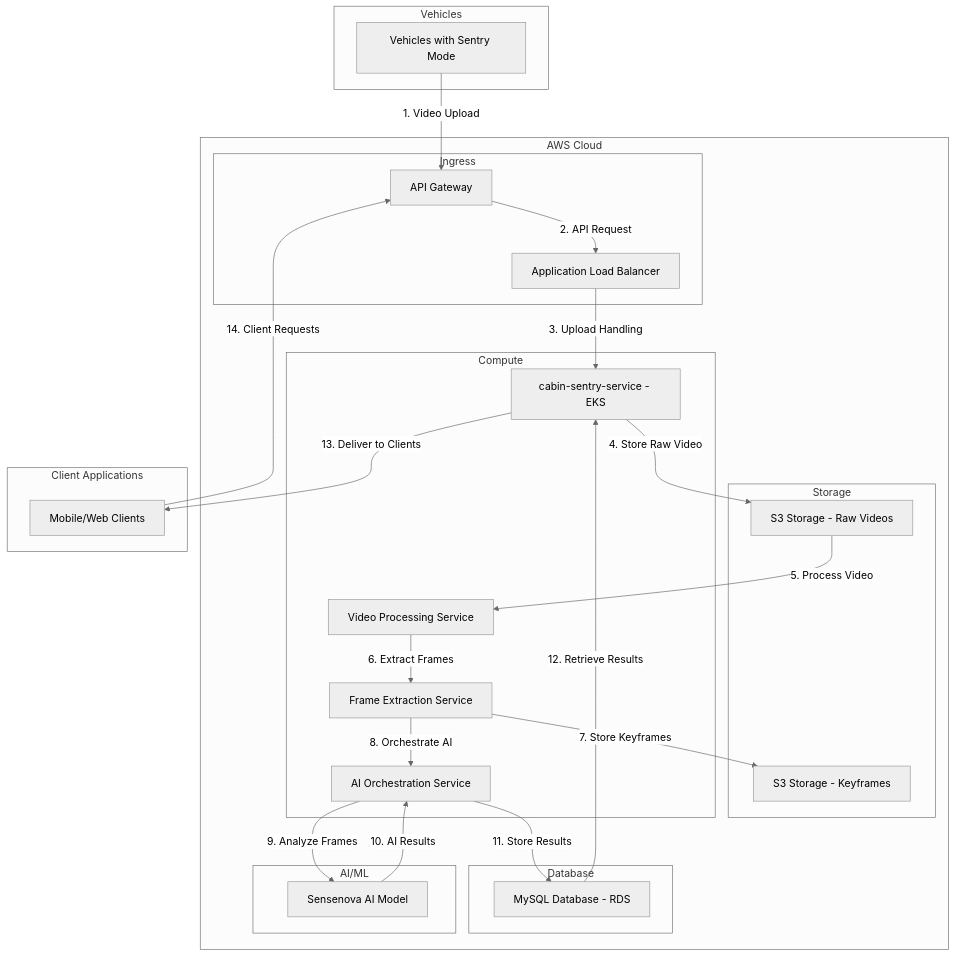
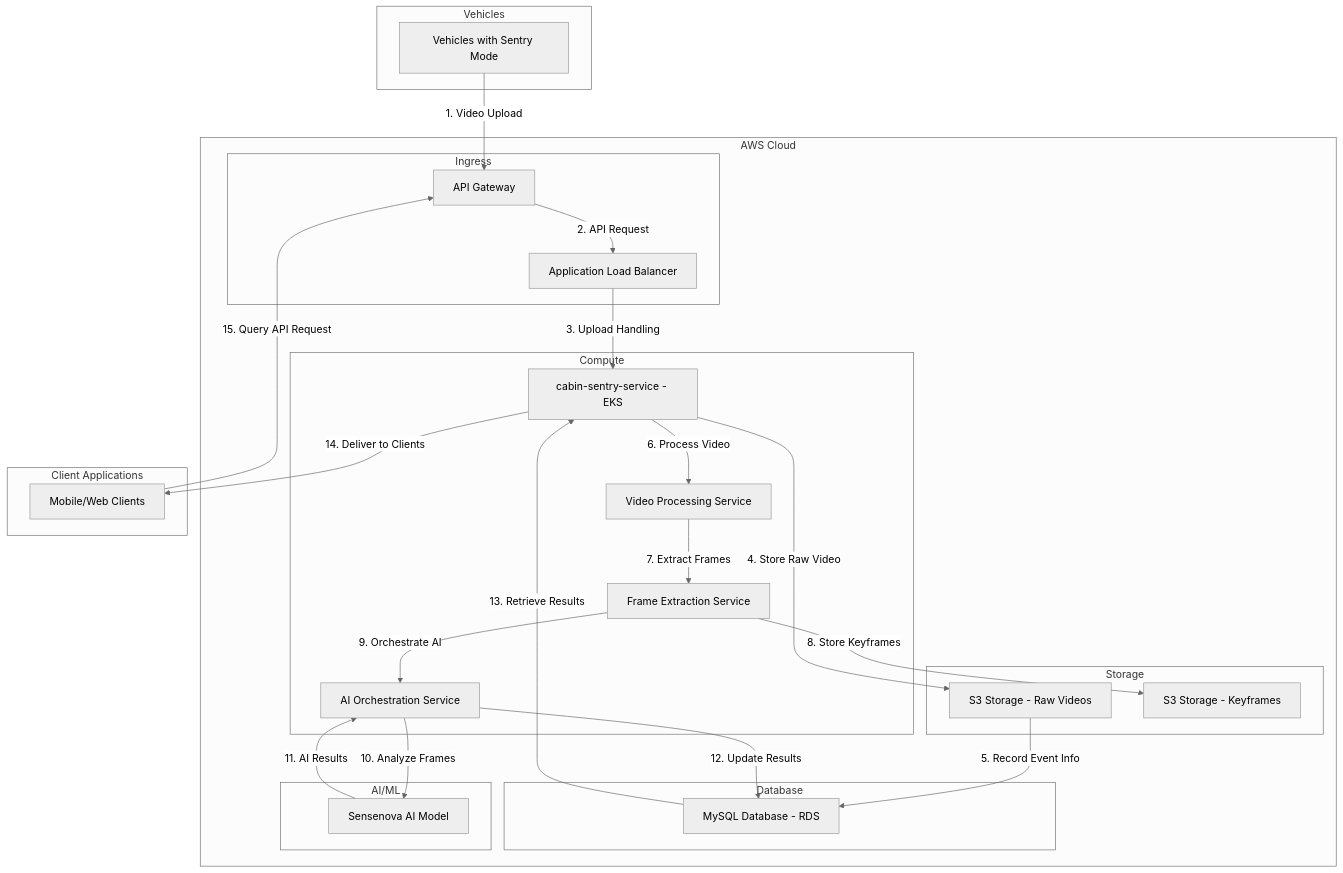
One commit to yuantming/learninggit changed the diagram in architectuure.md. Above: the diagram before and after it, drawn with Mermaid (neutral theme). The commit also changed other lines of this file, not shown here.

````diff
--- a/architectuure.md
+++ b/architectuure.md
@@ -8,52 +8,53 @@
 ```mermaid
 graph TB
     subgraph "Vehicles"
         A[Vehicles with Sentry Mode]
     end
 
     subgraph "AWS Cloud"
         subgraph "Ingress"
             B[API Gateway]
             C[Application Load Balancer]
         end
 
         subgraph "Storage"
             D[S3 Storage - Raw Videos]
             E[S3 Storage - Keyframes]
         end
 
         subgraph "Compute"
             F[cabin-sentry-service - EKS]
             G[Video Processing Service]
             H[Frame Extraction Service]
             I[AI Orchestration Service]
         end
 
         subgraph "Database"
             J[MySQL Database - RDS]
         end
 
         subgraph "AI/ML"
             K[Sensenova AI Model]
         end
     end
 
     subgraph "Client Applications"
         L[Mobile/Web Clients]
     end
 
     A -- "1. Video Upload" --> B
     B -- "2. API Request" --> C
     C -- "3. Upload Handling" --> F
     F -- "4. Store Raw Video" --> D
-    D -- "5. Process Video" --> G
-    G -- "6. Extract Frames" --> H
-    H -- "7. Store Keyframes" --> E
-    H -- "8. Orchestrate AI" --> I
-    I -- "9. Analyze Frames" --> K
-    K -- "10. AI Results" --> I
-    I -- "11. Store Results" --> J
-    J -- "12. Retrieve Results" --> F
-    F -- "13. Deliver to Clients" --> L
-    L -- "14. Client Requests" --> B
+    D -- "5. Record Event Info" --> J
+    F -- "6. Process Video" --> G
+    G -- "7. Extract Frames" --> H
+    H -- "8. Store Keyframes" --> E
+    H -- "9. Orchestrate AI" --> I
+    I -- "10. Analyze Frames" --> K
+    K -- "11. AI Results" --> I
+    I -- "12. Update Results" --> J
+    J -- "13. Retrieve Results" --> F
+    F -- "14. Deliver to Clients" --> L
+    L -- "15. Query API Request" --> B
 ```
````
